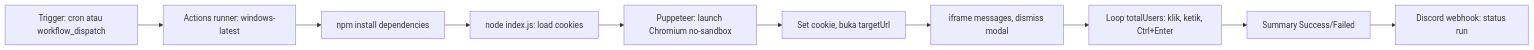
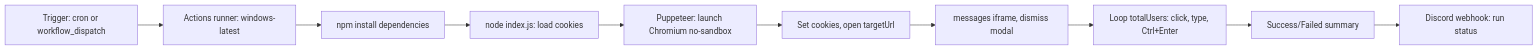
The diagram in README.md (KurniawanSatria/TikTok-Streak), drawn with Mermaid before and after one commit. The commit also changed other lines of this file, not shown here.

````diff
--- a/README.md
+++ b/README.md
@@ -195,12 +182,12 @@
 ```mermaid
 flowchart LR
-  A[Trigger: cron atau workflow_dispatch] --> B[Actions runner: windows-latest]
+  A[Trigger: cron or workflow_dispatch] --> B[Actions runner: windows-latest]
   B --> C[npm install dependencies]
   C --> D[node index.js: load cookies]
   D --> E[Puppeteer: launch Chromium no-sandbox]
-  E --> F[Set cookie, buka targetUrl]
-  F --> G[iframe messages, dismiss modal]
-  G --> H[Loop totalUsers: klik, ketik, Ctrl+Enter]
-  H --> I[Summary Success/Failed]
-  I --> J[Discord webhook: status run]
+  E --> F[Set cookies, open targetUrl]
+  F --> G[messages iframe, dismiss modal]
+  G --> H[Loop totalUsers: click, type, Ctrl+Enter]
+  H --> I[Success/Failed summary]
+  I --> J[Discord webhook: run status]
 ```
````
